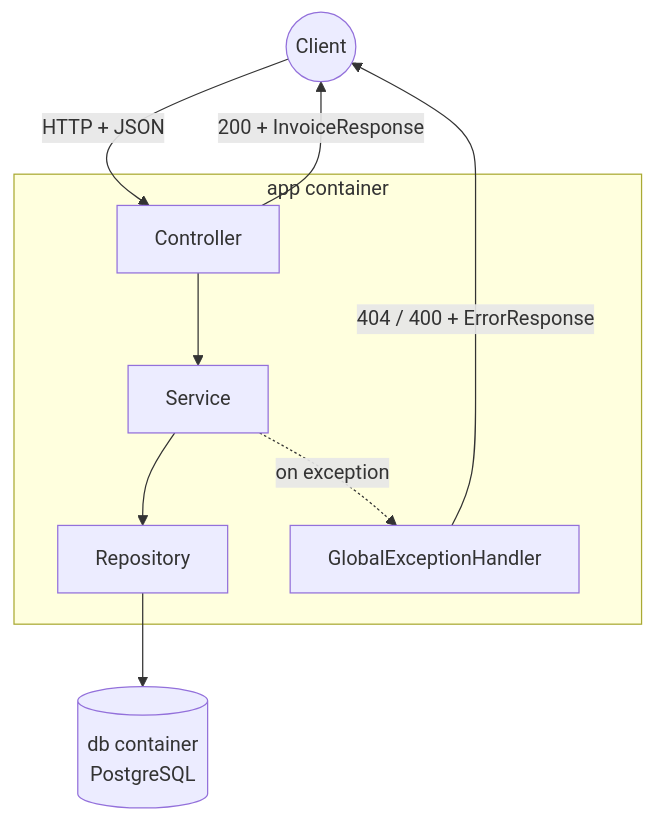
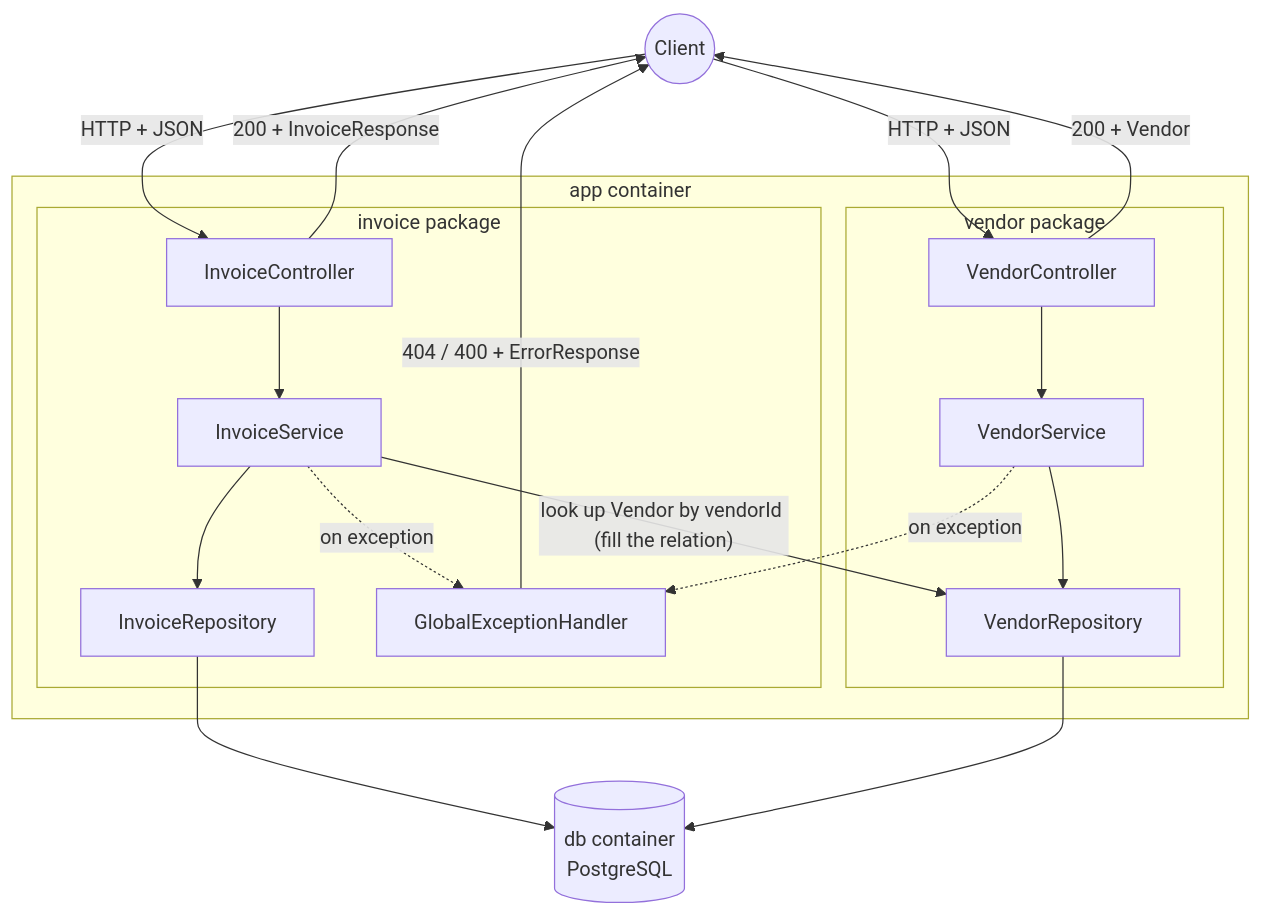
Before and after one commit to devHHS/invoice-app: the second of 2 diagrams in README.md, drawn with Mermaid. The commit also changed other lines of this file and 2 other files, not shown here.

Commit message:
docs: update README architecture for invoice-vendor domains and close out Month 2

````diff
--- a/README.md
+++ b/README.md
@@ -128,12 +158,23 @@
 ```mermaid
 flowchart TD
-    Client((Client)) -->|"HTTP + JSON"| Controller
+    Client((Client)) -->|"HTTP + JSON"| InvoiceController
+    Client -->|"HTTP + JSON"| VendorController
     subgraph app["app container"]
-        Controller --> Service
-        Service --> Repository
-        Service -. "on exception" .-> Handler["GlobalExceptionHandler"]
+        subgraph invoice["invoice package"]
+            InvoiceController --> InvoiceService
+            InvoiceService --> InvoiceRepository
+            InvoiceService -. "on exception" .-> Handler["GlobalExceptionHandler"]
+        end
+        subgraph vendor["vendor package"]
+            VendorController --> VendorService
+            VendorService --> VendorRepository
+            VendorService -. "on exception" .-> Handler
+        end
+        InvoiceService -- "look up Vendor by vendorId (fill the relation)" --> VendorRepository
     end
-    Repository --> DB[("db container\nPostgreSQL")]
+    InvoiceRepository --> DB[("db container\nPostgreSQL")]
+    VendorRepository --> DB
     Handler -->|"404 / 400 + ErrorResponse"| Client
-    Controller -->|"200 + InvoiceResponse"| Client
+    InvoiceController -->|"200 + InvoiceResponse"| Client
+    VendorController -->|"200 + Vendor"| Client
 ```
````
